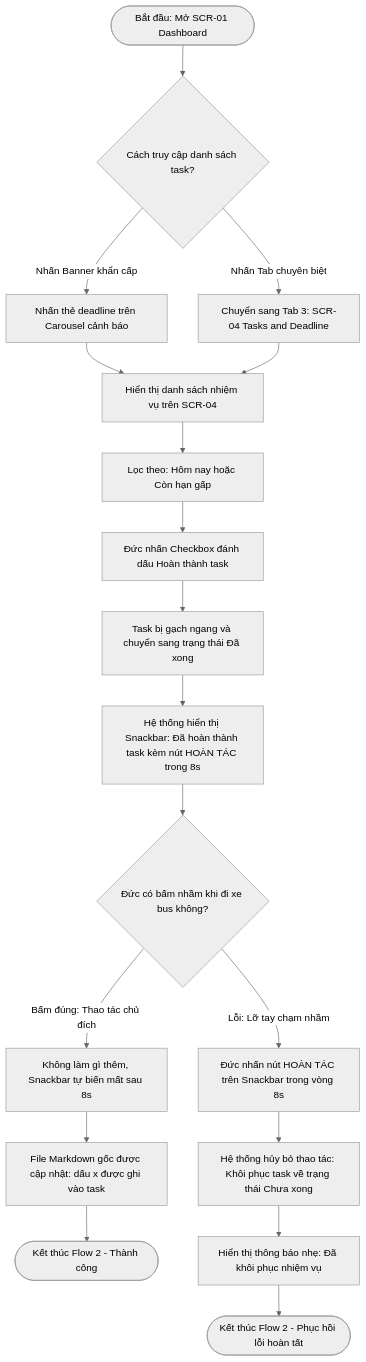
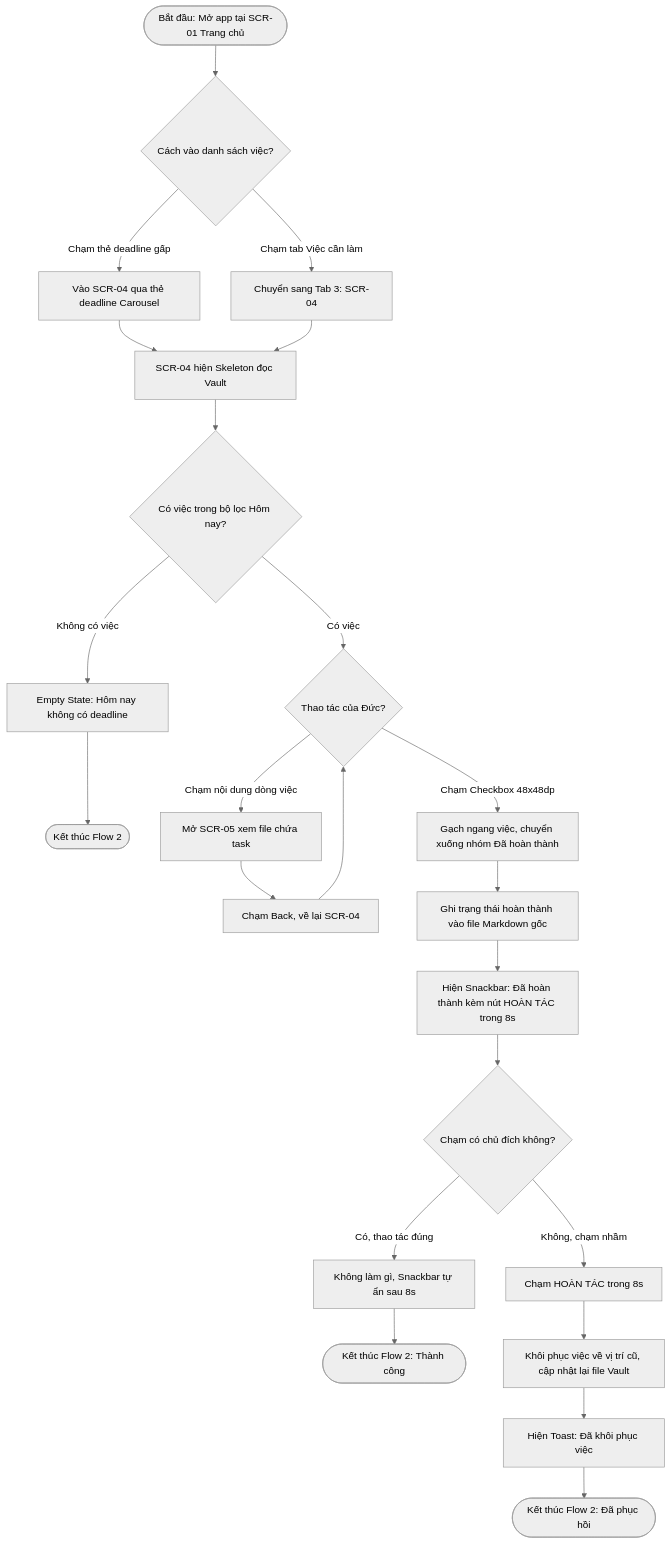
One commit to quanglong68/prm323-lab2-gr6 changed the second of 4 diagrams in user-flow.md. Above: the diagram before and after it, drawn with Mermaid (neutral theme). The commit also changed other lines of this file, not shown here.

````diff
--- a/user-flow.md
+++ b/user-flow.md
@@ -81,20 +133,25 @@
 ```mermaid
 flowchart TD
-    Start(["Bắt đầu: Mở SCR-01 Dashboard"]) --> NoticeUrgent{"Cách truy cập danh sách task?"}
-    NoticeUrgent -->|Nhấn Banner khẩn cấp| DirectTask["Nhấn thẻ deadline trên Carousel cảnh báo"]
-    NoticeUrgent -->|Nhấn Tab chuyên biệt| NavTasks["Chuyển sang Tab 3: SCR-04 Tasks and Deadline"]
-    DirectTask --> ViewTaskList["Hiển thị danh sách nhiệm vụ trên SCR-04"]
-    NavTasks --> ViewTaskList
-    ViewTaskList --> FilterTask["Lọc theo: Hôm nay hoặc Còn hạn gấp"]
-    FilterTask --> ActionCheck["Đức nhấn Checkbox đánh dấu Hoàn thành task"]
-    ActionCheck --> StateChange["Task bị gạch ngang và chuyển sang trạng thái Đã xong"]
-    StateChange --> TriggerSnackbar["Hệ thống hiển thị Snackbar: Đã hoàn thành task kèm nút HOÀN TÁC trong 8s"]
-    TriggerSnackbar --> DecisionNode{"Đức có bấm nhầm khi đi xe bus không?"}
-    DecisionNode -->|Bấm đúng: Thao tác chủ đích| KeepDone["Không làm gì thêm, Snackbar tự biến mất sau 8s"]
-    KeepDone --> UpdateVault["File Markdown gốc được cập nhật: dấu x được ghi vào task"]
-    UpdateVault --> EndHappy(["Kết thúc Flow 2 - Thành công"])
-    DecisionNode -->|Lỗi: Lỡ tay chạm nhầm| TapUndo["Đức nhấn nút HOÀN TÁC trên Snackbar trong vòng 8s"]
-    TapUndo --> RecoveryAction["Hệ thống hủy bỏ thao tác: Khôi phục task về trạng thái Chưa xong"]
-    RecoveryAction --> ShowToast["Hiển thị thông báo nhẹ: Đã khôi phục nhiệm vụ"]
-    ShowToast --> EndRecovery(["Kết thúc Flow 2 - Phục hồi lỗi hoàn tất"])
+    Start(["Bắt đầu: Mở app tại SCR-01 Trang chủ"]) --> AccessMethod{"Cách vào danh sách việc?"}
+    AccessMethod -->|Chạm thẻ deadline gấp| DirectTask["Vào SCR-04 qua thẻ deadline Carousel"]
+    AccessMethod -->|Chạm tab Việc cần làm| NavTasks["Chuyển sang Tab 3: SCR-04"]
+    DirectTask --> ShowLoading["SCR-04 hiện Skeleton đọc Vault"]
+    NavTasks --> ShowLoading
+    ShowLoading --> CheckTaskExists{"Có việc trong bộ lọc Hôm nay?"}
+    CheckTaskExists -->|Không có việc| EmptyTask["Empty State: Hôm nay không có deadline"]
+    EmptyTask --> EndFlow2Empty(["Kết thúc Flow 2"])
+    CheckTaskExists -->|Có việc| UserAction{"Thao tác của Đức?"}
+    UserAction -->|Chạm nội dung dòng việc| OpenFileInEditor["Mở SCR-05 xem file chứa task"]
+    OpenFileInEditor --> BackToTasks["Chạm Back, về lại SCR-04"]
+    BackToTasks --> UserAction
+    UserAction -->|Chạm Checkbox 48x48dp| MarkComplete["Gạch ngang việc, chuyển xuống nhóm Đã hoàn thành"]
+    MarkComplete --> WriteFileImmediate["Ghi trạng thái hoàn thành vào file Markdown gốc"]
+    WriteFileImmediate --> ShowUndoSnackbar["Hiện Snackbar: Đã hoàn thành kèm nút HOÀN TÁC trong 8s"]
+    ShowUndoSnackbar --> CheckMistake{"Chạm có chủ đích không?"}
+    CheckMistake -->|Có, thao tác đúng| WaitSnackbar["Không làm gì, Snackbar tự ẩn sau 8s"]
+    WaitSnackbar --> EndFlow2Success(["Kết thúc Flow 2: Thành công"])
+    CheckMistake -->|Không, chạm nhầm| TapUndo["Chạm HOÀN TÁC trong 8s"]
+    TapUndo --> RevertState["Khôi phục việc về vị trí cũ, cập nhật lại file Vault"]
+    RevertState --> ShowToastReverted["Hiện Toast: Đã khôi phục việc"]
+    ShowToastReverted --> EndFlow2Recovered(["Kết thúc Flow 2: Đã phục hồi"])
 ```
````
